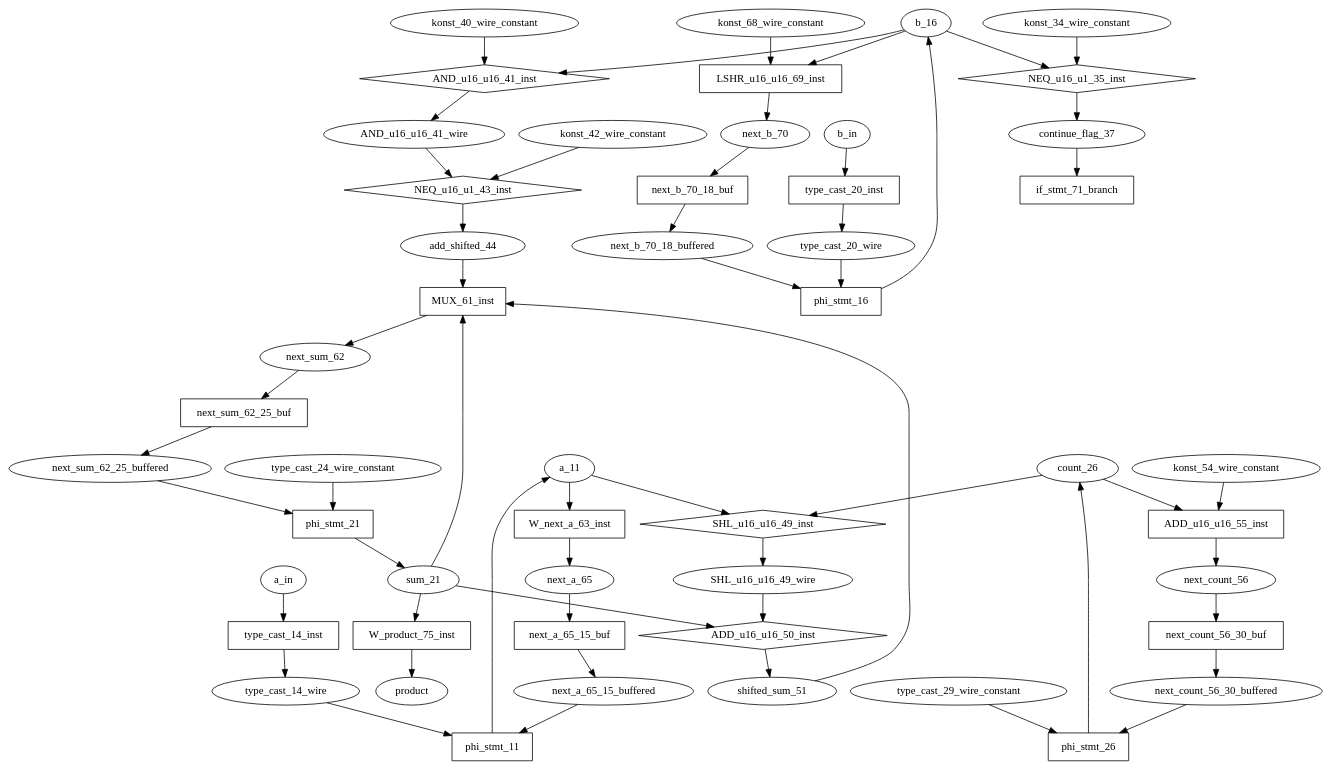
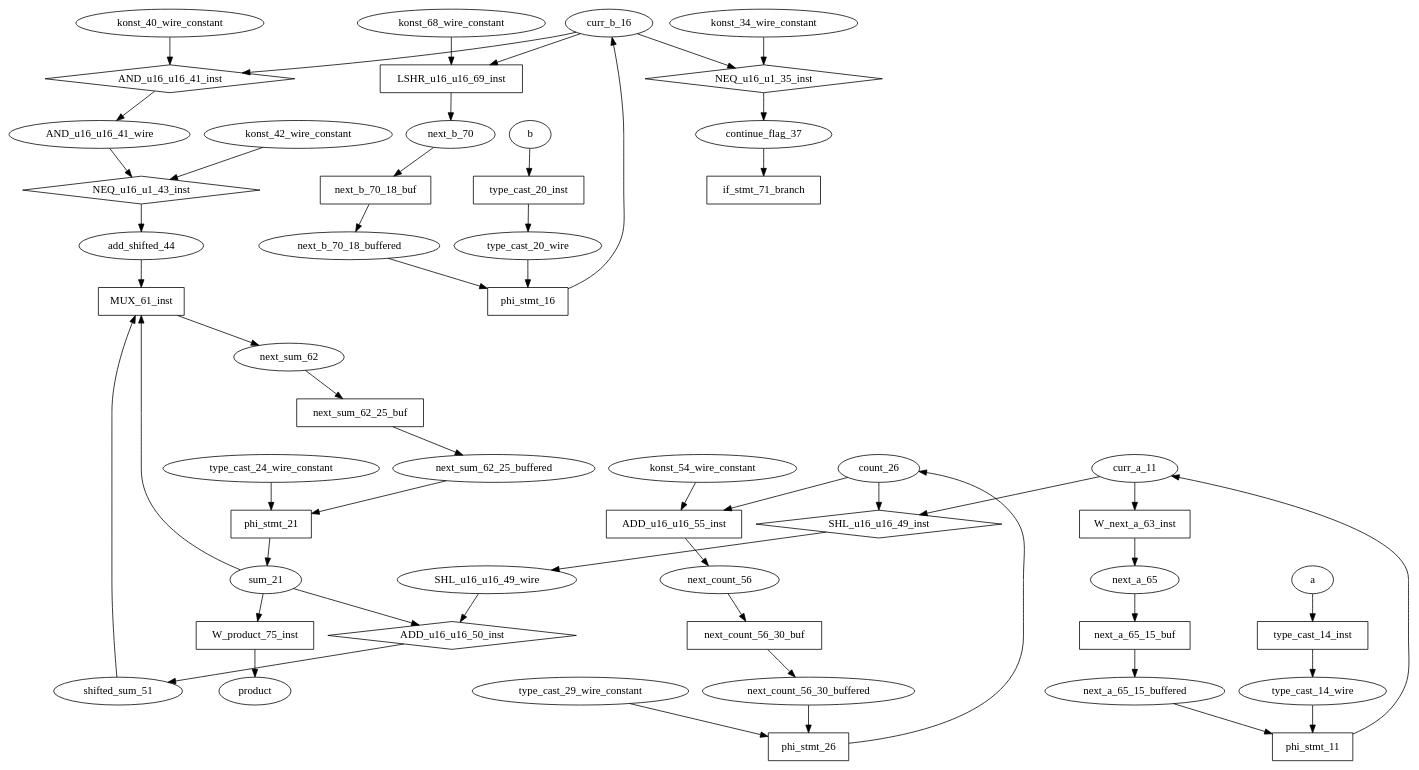
The diagram in assignment-1/multiplier/shift_and_add_mul_DP.dot (rohankalbag/algorithms-to-hardware), drawn with Graphviz before and after one commit. The commit also changed 55 other files, not shown here.

```diff
--- a/assignment-1/multiplier/shift_and_add_mul_DP.dot
+++ b/assignment-1/multiplier/shift_and_add_mul_DP.dot
@@ -1,103 +1,103 @@
 digraph data_path {
   AND_u16_u16_41_wire [shape=ellipse];
   SHL_u16_u16_49_wire [shape=ellipse];
-  a_11 [shape=ellipse];
   add_shifted_44 [shape=ellipse];
-  b_16 [shape=ellipse];
   continue_flag_37 [shape=ellipse];
   count_26 [shape=ellipse];
+  curr_a_11 [shape=ellipse];
+  curr_b_16 [shape=ellipse];
   konst_34_wire_constant [shape=ellipse];
   konst_40_wire_constant [shape=ellipse];
   konst_42_wire_constant [shape=ellipse];
   konst_54_wire_constant [shape=ellipse];
   konst_68_wire_constant [shape=ellipse];
   next_a_65 [shape=ellipse];
   next_a_65_15_buffered [shape=ellipse];
   next_b_70 [shape=ellipse];
   next_b_70_18_buffered [shape=ellipse];
   next_count_56 [shape=ellipse];
   next_count_56_30_buffered [shape=ellipse];
   next_sum_62 [shape=ellipse];
   next_sum_62_25_buffered [shape=ellipse];
   shifted_sum_51 [shape=ellipse];
   sum_21 [shape=ellipse];
   type_cast_14_wire [shape=ellipse];
   type_cast_20_wire [shape=ellipse];
   type_cast_24_wire_constant [shape=ellipse];
   type_cast_29_wire_constant [shape=ellipse];
   ADD_u16_u16_50_inst [shape=diamond];
 sum_21  -> ADD_u16_u16_50_inst;
 SHL_u16_u16_49_wire  -> ADD_u16_u16_50_inst;
 ADD_u16_u16_50_inst -> shifted_sum_51;
   ADD_u16_u16_55_inst [shape=rectangle];
 count_26  -> ADD_u16_u16_55_inst;
 konst_54_wire_constant  -> ADD_u16_u16_55_inst;
 ADD_u16_u16_55_inst -> next_count_56;
   AND_u16_u16_41_inst [shape=diamond];
-b_16  -> AND_u16_u16_41_inst;
+curr_b_16  -> AND_u16_u16_41_inst;
 konst_40_wire_constant  -> AND_u16_u16_41_inst;
 AND_u16_u16_41_inst -> AND_u16_u16_41_wire;
   LSHR_u16_u16_69_inst [shape=rectangle];
-b_16  -> LSHR_u16_u16_69_inst;
+curr_b_16  -> LSHR_u16_u16_69_inst;
 konst_68_wire_constant  -> LSHR_u16_u16_69_inst;
 LSHR_u16_u16_69_inst -> next_b_70;
   MUX_61_inst [shape=rectangle];
 add_shifted_44  -> MUX_61_inst;
 shifted_sum_51  -> MUX_61_inst;
 sum_21  -> MUX_61_inst;
 MUX_61_inst -> next_sum_62;
   NEQ_u16_u1_35_inst [shape=diamond];
-b_16  -> NEQ_u16_u1_35_inst;
+curr_b_16  -> NEQ_u16_u1_35_inst;
 konst_34_wire_constant  -> NEQ_u16_u1_35_inst;
 NEQ_u16_u1_35_inst -> continue_flag_37;
   NEQ_u16_u1_43_inst [shape=diamond];
 AND_u16_u16_41_wire  -> NEQ_u16_u1_43_inst;
 konst_42_wire_constant  -> NEQ_u16_u1_43_inst;
 NEQ_u16_u1_43_inst -> add_shifted_44;
   SHL_u16_u16_49_inst [shape=diamond];
-a_11  -> SHL_u16_u16_49_inst;
+curr_a_11  -> SHL_u16_u16_49_inst;
 count_26  -> SHL_u16_u16_49_inst;
 SHL_u16_u16_49_inst -> SHL_u16_u16_49_wire;
   W_next_a_63_inst [shape=rectangle];
-a_11  -> W_next_a_63_inst;
+curr_a_11  -> W_next_a_63_inst;
 W_next_a_63_inst -> next_a_65;
   W_product_75_inst [shape=rectangle];
 sum_21  -> W_product_75_inst;
 W_product_75_inst -> product;
   if_stmt_71_branch [shape=rectangle];
 continue_flag_37  -> if_stmt_71_branch;
   next_a_65_15_buf [shape=rectangle];
 next_a_65  -> next_a_65_15_buf;
 next_a_65_15_buf -> next_a_65_15_buffered;
   next_b_70_18_buf [shape=rectangle];
 next_b_70  -> next_b_70_18_buf;
 next_b_70_18_buf -> next_b_70_18_buffered;
   next_count_56_30_buf [shape=rectangle];
 next_count_56  -> next_count_56_30_buf;
 next_count_56_30_buf -> next_count_56_30_buffered;
   next_sum_62_25_buf [shape=rectangle];
 next_sum_62  -> next_sum_62_25_buf;
 next_sum_62_25_buf -> next_sum_62_25_buffered;
   phi_stmt_11 [shape=rectangle];
 type_cast_14_wire  -> phi_stmt_11;
 next_a_65_15_buffered  -> phi_stmt_11;
-phi_stmt_11 -> a_11;
+phi_stmt_11 -> curr_a_11;
   phi_stmt_16 [shape=rectangle];
 next_b_70_18_buffered  -> phi_stmt_16;
 type_cast_20_wire  -> phi_stmt_16;
-phi_stmt_16 -> b_16;
+phi_stmt_16 -> curr_b_16;
   phi_stmt_21 [shape=rectangle];
 type_cast_24_wire_constant  -> phi_stmt_21;
 next_sum_62_25_buffered  -> phi_stmt_21;
 phi_stmt_21 -> sum_21;
   phi_stmt_26 [shape=rectangle];
 type_cast_29_wire_constant  -> phi_stmt_26;
 next_count_56_30_buffered  -> phi_stmt_26;
 phi_stmt_26 -> count_26;
   type_cast_14_inst [shape=rectangle];
-a_in  -> type_cast_14_inst;
+a  -> type_cast_14_inst;
 type_cast_14_inst -> type_cast_14_wire;
   type_cast_20_inst [shape=rectangle];
-b_in  -> type_cast_20_inst;
+b  -> type_cast_20_inst;
 type_cast_20_inst -> type_cast_20_wire;
 }
```
